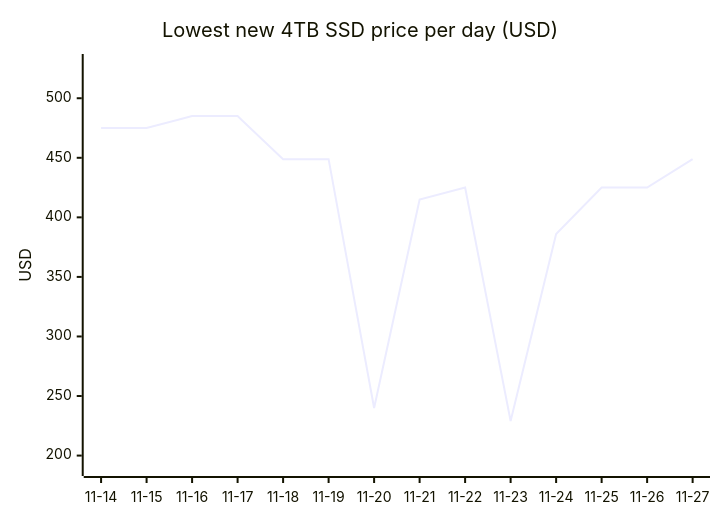
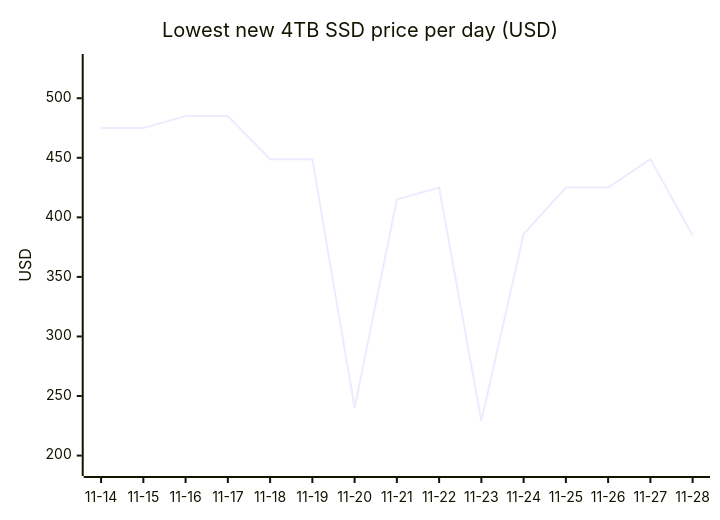
One commit to 7324136828/4tb_ssd_price_watch changed the first of 18 diagrams in README.md. Above: the diagram before and after it, drawn with Mermaid. The commit also changed other lines of this file, not shown here.

````diff
--- a/README.md
+++ b/README.md
@@ -81,7 +81,7 @@
 ```mermaid
 xychart-beta
     title "Lowest new 4TB SSD price per day (USD)"
-    x-axis ["11-14", "11-15", "11-16", "11-17", "11-18", "11-19", "11-20", "11-21", "11-22", "11-23", "11-24", "11-25", "11-26", "11-27"]
+    x-axis ["11-14", "11-15", "11-16", "11-17", "11-18", "11-19", "11-20", "11-21", "11-22", "11-23", "11-24", "11-25", "11-26", "11-27", "11-28"]
     y-axis "USD" 190 --> 530
-    line [474.97, 475.00, 484.99, 484.99, 448.88, 448.88, 239.99, 415.00, 425.00, 229.00, 385.99, 425.00, 425.00, 448.88]
+    line [474.97, 475.00, 484.99, 484.99, 448.88, 448.88, 239.99, 415.00, 425.00, 229.00, 385.99, 425.00, 425.00, 448.88, 385.00]
 ```
````
